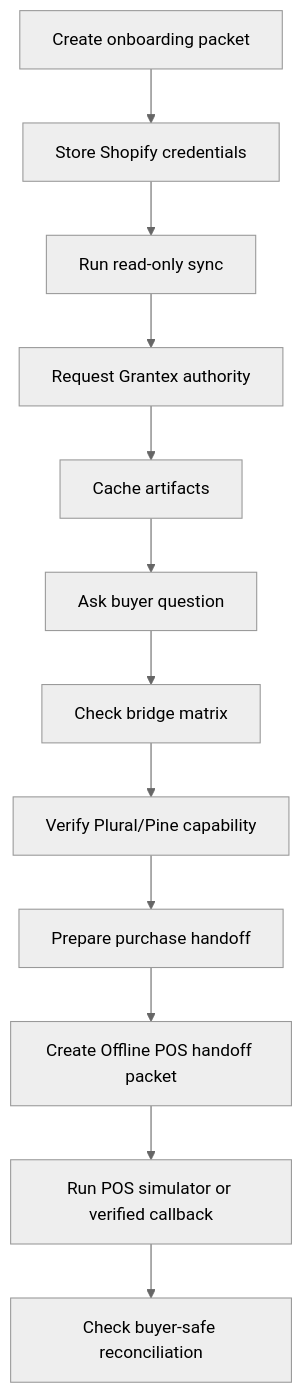
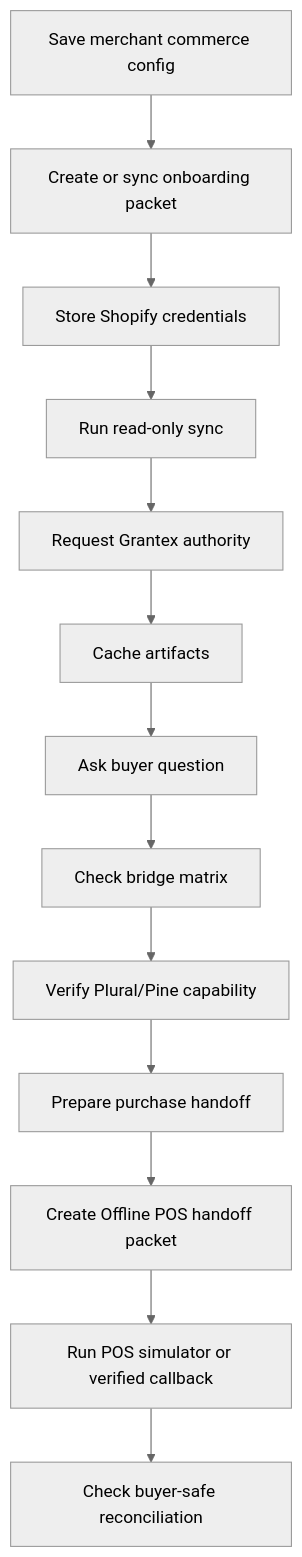
The diagram in docs/oacp/runtime-operations-runbook.md (mishrasanjeev/agentic-org), drawn with Mermaid (neutral theme) before and after one commit. The commit also changed other lines of this file and 44 other files, not shown here.

First line of the commit message:
Add merchant self-service OACP config (#878)

````diff
--- a/docs/oacp/runtime-operations-runbook.md
+++ b/docs/oacp/runtime-operations-runbook.md
@@ -7,14 +7,15 @@
 ```mermaid
 flowchart TD
-  packet[Create onboarding packet] --> creds[Store Shopify credentials]
+  config[Save merchant commerce config] --> packet[Create or sync onboarding packet]
+  packet --> creds[Store Shopify credentials]
   creds --> sync[Run read-only sync]
   sync --> authority[Request Grantex authority]
   authority --> cache[Cache artifacts]
   cache --> ask[Ask buyer question]
   ask --> bridge[Check bridge matrix]
   bridge --> provider[Verify Plural/Pine capability]
   provider --> purchase[Prepare purchase handoff]
   purchase --> pos[Create Offline POS handoff packet]
   pos --> confirm[Run POS simulator or verified callback]
   confirm --> reconcile[Check buyer-safe reconciliation]
 ```
````
